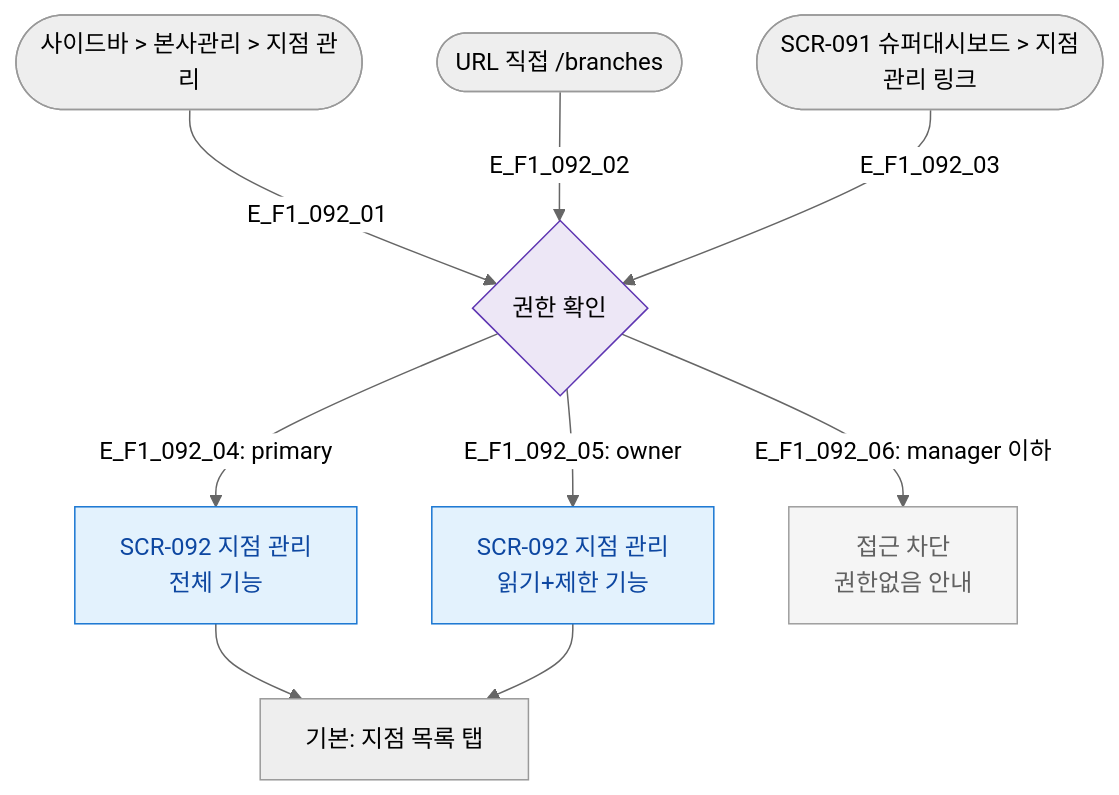
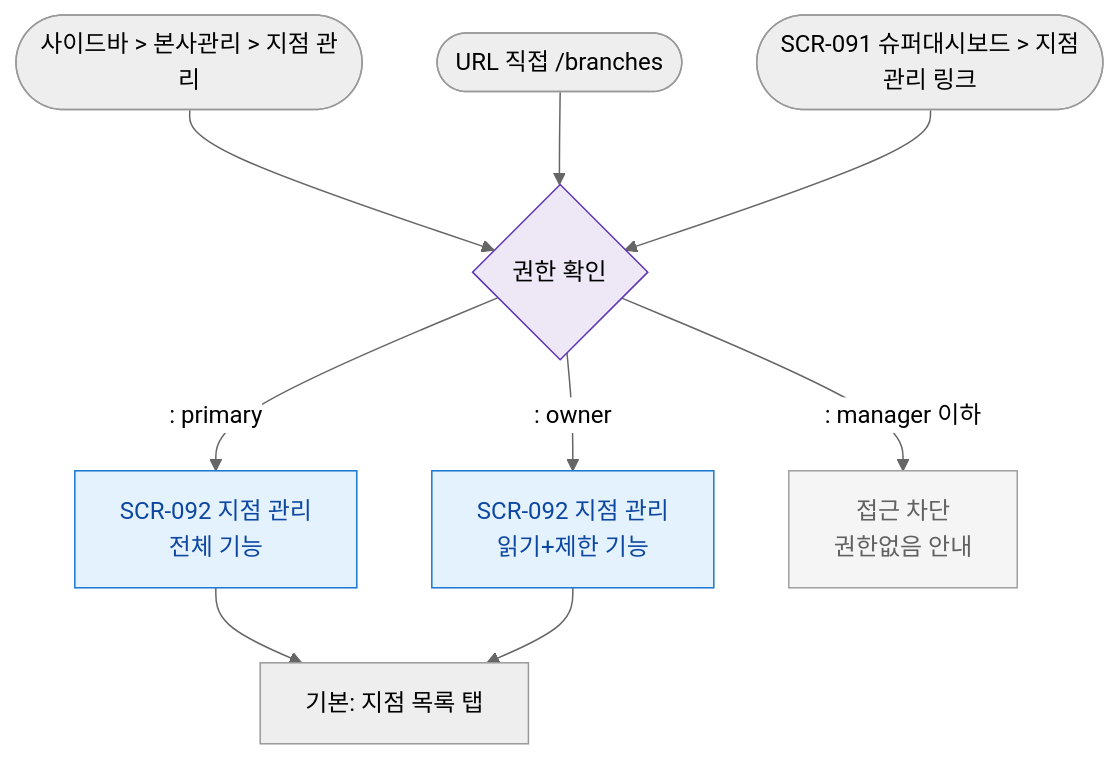
One commit to dev-spogym/admin-pando changed the diagram in docs/다이어그램/D10_본사관리/SCR-092_지점관리/F1_진입.md. Above: the diagram before and after it, drawn with Mermaid (neutral theme). The commit also changed other lines of this file and 1660 other files, not shown here.

First line of the commit message:
다이어그램: 기획자/클라이언트 납품본으로 정리

````diff
--- a/docs/다이어그램/D10_본사관리/SCR-092_지점관리/F1_진입.md
+++ b/docs/다이어그램/D10_본사관리/SCR-092_지점관리/F1_진입.md
@@ -14,21 +12,21 @@
 ```mermaid
 flowchart TD
-  E1([사이드바 > 본사관리 > 지점 관리]) -->|E_F1_092_01| AuthCheck{권한 확인}
-  E2([URL 직접 /branches]) -->|E_F1_092_02| AuthCheck
-  E3([SCR-091 슈퍼대시보드 > 지점관리 링크]) -->|E_F1_092_03| AuthCheck
+  E1([사이드바 > 본사관리 > 지점 관리]) --> AuthCheck{권한 확인}
+  E2([URL 직접 /branches]) --> AuthCheck
+  E3([SCR-091 슈퍼대시보드 > 지점관리 링크]) --> AuthCheck
 
-  AuthCheck -->|"E_F1_092_04: primary"| SCR_092[SCR-092 지점 관리\n전체 기능]
-  AuthCheck -->|"E_F1_092_05: owner"| SCR_092_RO[SCR-092 지점 관리\n읽기+제한 기능]
-  AuthCheck -->|"E_F1_092_06: manager 이하"| Blocked[접근 차단\n권한없음 안내]
+  AuthCheck -->|": primary"|SCR_092[SCR-092 지점 관리\n전체 기능]
+  AuthCheck -->|": owner"|SCR_092_RO[SCR-092 지점 관리\n읽기+제한 기능]
+  AuthCheck -->|": manager 이하"|Blocked[접근 차단\n권한없음 안내]
 
   SCR_092 --> DefaultTab[기본: 지점 목록 탭]
   SCR_092_RO --> DefaultTab
 
   classDef screen fill:#E3F2FD,stroke:#1976D2,color:#0D47A1
   classDef system fill:#EDE7F6,stroke:#5E35B2
   classDef rbacBlocked fill:#F5F5F5,stroke:#9E9E9E,color:#616161
 
   class SCR_092,SCR_092_RO screen
   class AuthCheck system
   class Blocked rbacBlocked
 ```
````
